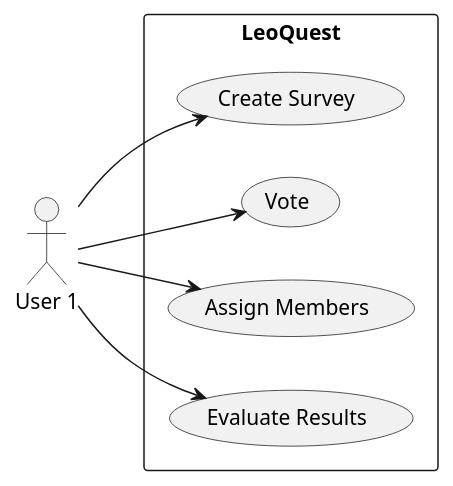
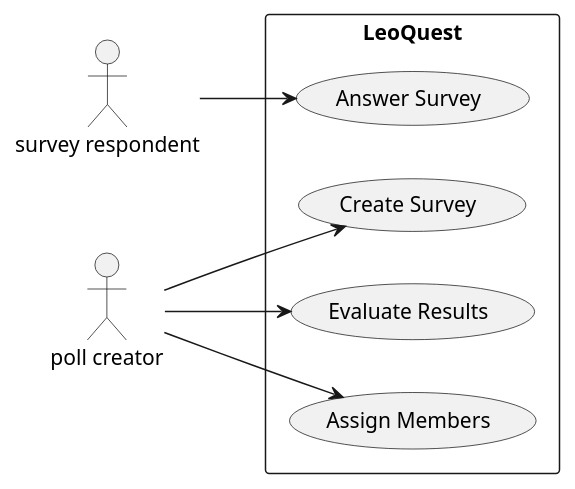
Before and after one commit to htl-leonding-project/2022-4ahif-leoquest: the diagram in asciidocs/pflichtenheft.adoc, drawn with PlantUML. The commit also changed 1 other file, not shown here.

Commit message:
fix cld Diagram, fix use cases

```diff
--- a/asciidocs/pflichtenheft.adoc
+++ b/asciidocs/pflichtenheft.adoc
@@ -44,20 +44,24 @@
 [plantuml,usecase,png]
 ----
 @startuml
 left to right direction
 
-actor "User 1" as u1
+actor "survey respondent" as u1
+actor "poll creator"as u2
 
 rectangle "LeoQuest" {
     usecase "Create Survey" as UC1
-    usecase "Vote" as UC2
+    usecase "Answer Survey" as UC2
     usecase "Assign Members" as UC3
     usecase "Evaluate Results" as UC4
+
 }
-u1 --> UC1
+u2 --> UC1
 u1 --> UC2
-u1 --> UC3
-u1 --> UC4
+u2 --> UC3
+u2 --> UC4
+
+
 
 @enduml
 ----
```
